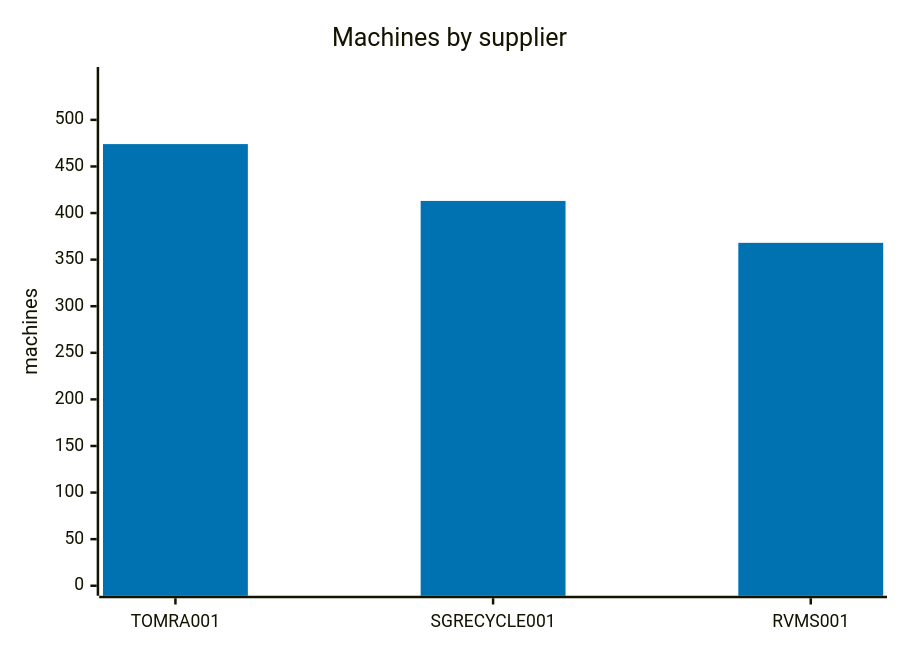
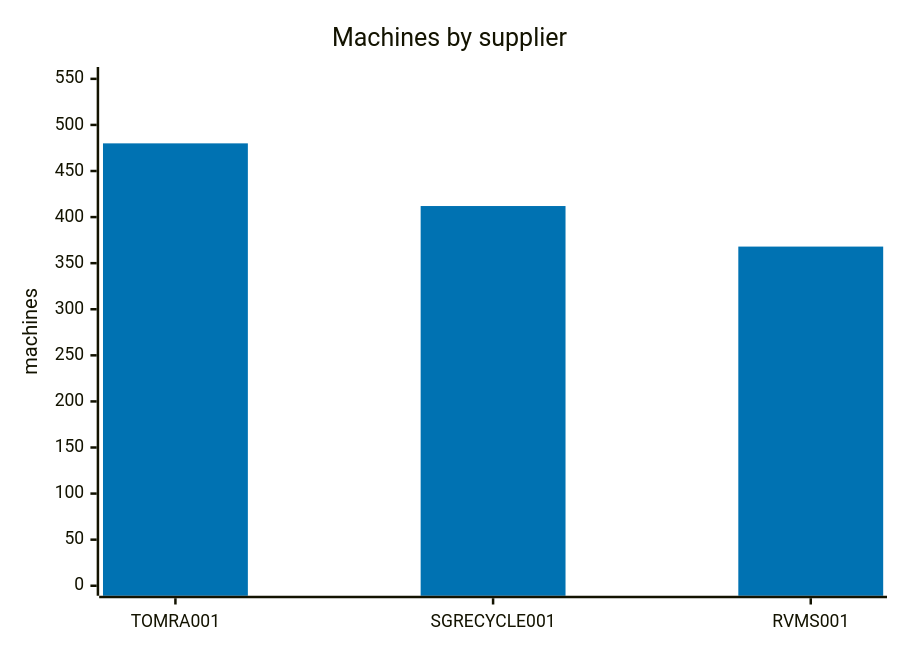
The second of 7 diagrams in ANALYSIS.md (cheeaun/returnright-data), drawn with Mermaid before and after one commit. The commit also changed other lines of this file and 3 other files, not shown here.

````diff
--- a/ANALYSIS.md
+++ b/ANALYSIS.md
@@ -50,13 +48,13 @@
 ```mermaid
 ---
 config:
   themeVariables:
     xyChart:
       plotColorPalette: "#0072B2"
 ---
 xychart-beta
     title "Machines by supplier"
     x-axis ["TOMRA001", "SGRECYCLE001", "RVMS001"]
-    y-axis "machines" 0 --> 546
-    bar [474, 413, 368]
+    y-axis "machines" 0 --> 552
+    bar [480, 412, 368]
 ```
````
